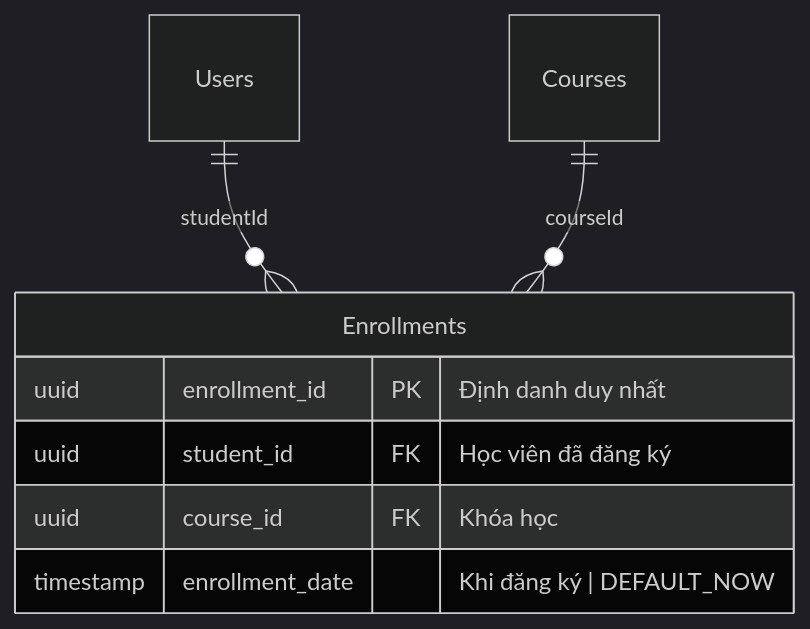
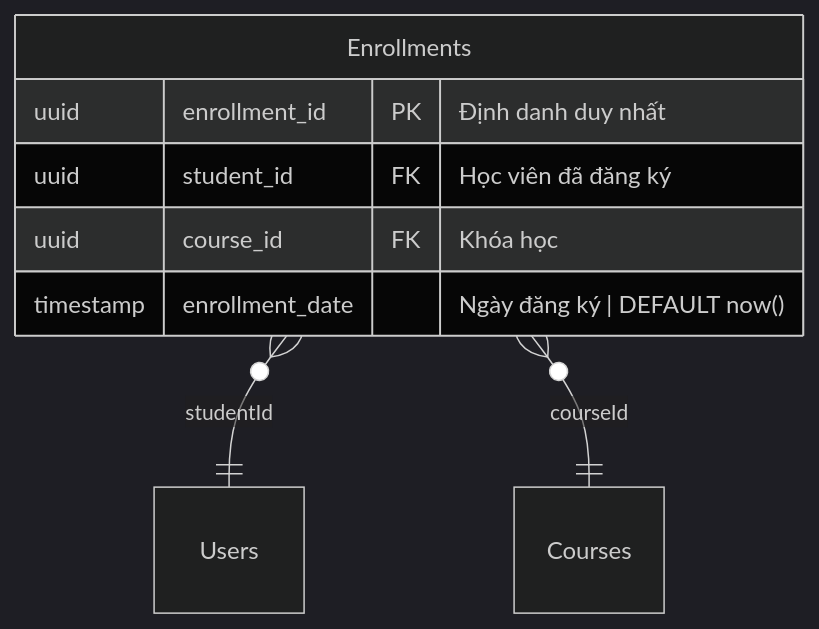
Before and after one commit to hainguyen81/enterprise-it-ai: the fifth of 12 diagrams in sources/storage/business-analysis/membership-hub/requirements.md, drawn with Mermaid (dark theme). The commit also changed other lines of this file and 7 other files, not shown here.

````diff
--- a/sources/storage/business-analysis/membership-hub/requirements.md
+++ b/sources/storage/business-analysis/membership-hub/requirements.md
@@ -424,11 +481,11 @@
 ```mermaid
 erDiagram
     Enrollments {
         uuid enrollment_id PK "Định danh duy nhất"
         uuid student_id FK "Học viên đã đăng ký"
         uuid course_id FK "Khóa học"
-        timestamp enrollment_date "Khi đăng ký | DEFAULT_NOW"
+        timestamp enrollment_date "Ngày đăng ký | DEFAULT now()"
     }
-    Users ||--o{ Enrollments : "studentId"
-    Courses ||--o{ Enrollments : "courseId"
+    Enrollments }o--|| Users : "studentId"
+    Enrollments }o--|| Courses : "courseId"
 ```
````
